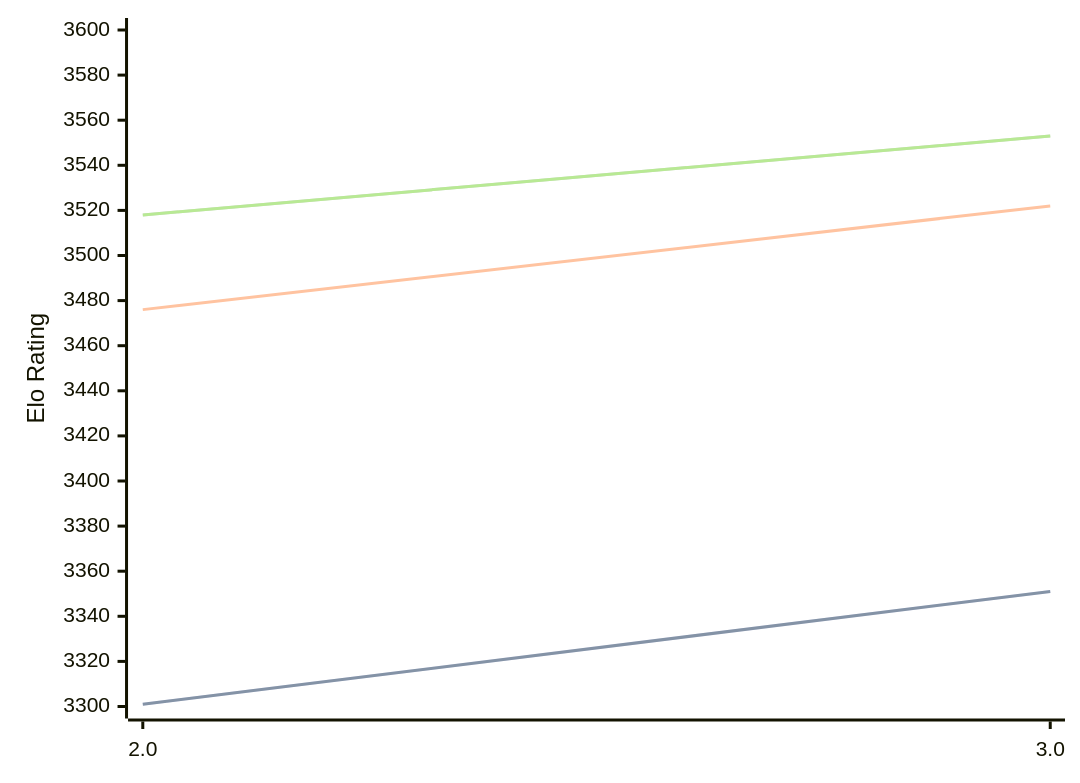
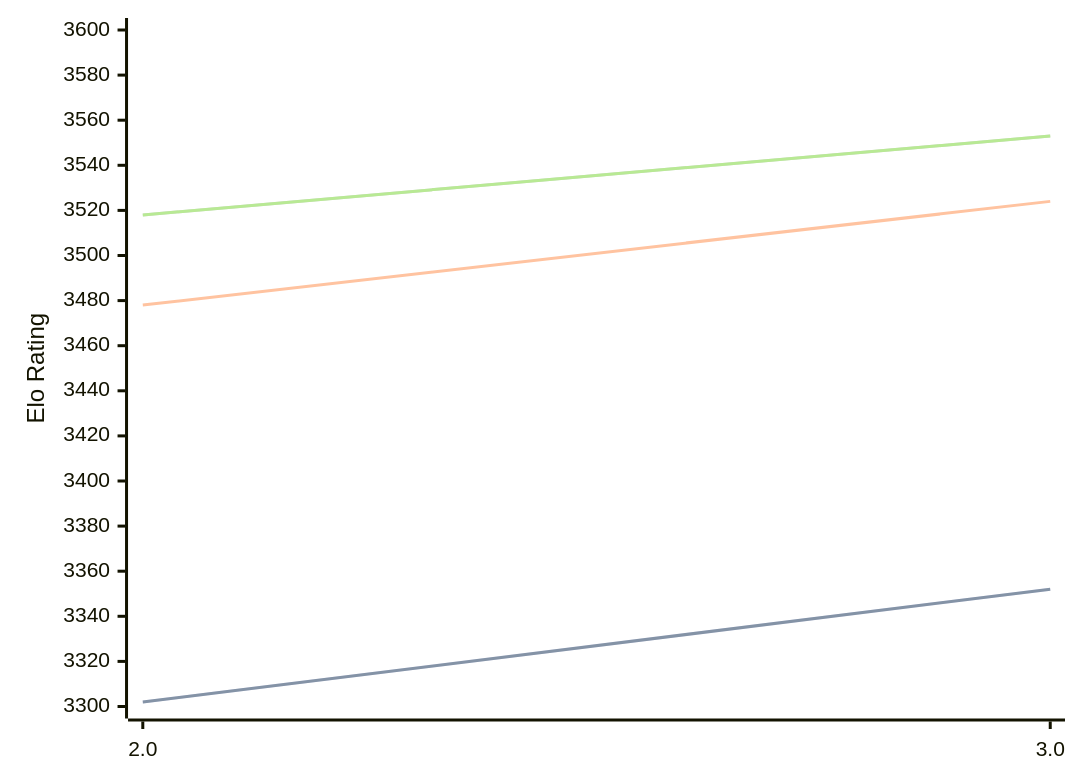
Before and after one commit to computer-chess-index/cci: the diagram in engines/Quanticade.md, drawn with Mermaid. The commit also changed other lines of this file, not shown here.

````diff
--- a/engines/Quanticade.md
+++ b/engines/Quanticade.md
@@ -32,11 +32,11 @@
 ```mermaid
 %%{init: {"theme":"base","themeVariables":{"seriesColors:['#a3a3a3','#222221','#faa371']}}}%%
 xychart-beta
   x-axis ["2.0", "3.0"]
   y-axis "Elo Rating" 3300 --> 3600
-  line "" [3301, 3351]
-  line "STC (8.0+0.08s)" [3301, 3351]
-  line "LTC (60.0+0.60s)" [3476, 3522]
+  line "" [3302, 3352]
+  line "STC (8.0+0.08s)" [3302, 3352]
+  line "LTC (60.0+0.60s)" [3478, 3524]
   line "" [3518, 3553]
   line "VLTC (2m24s+1.12s)" [3518, 3553]
 ```
````
